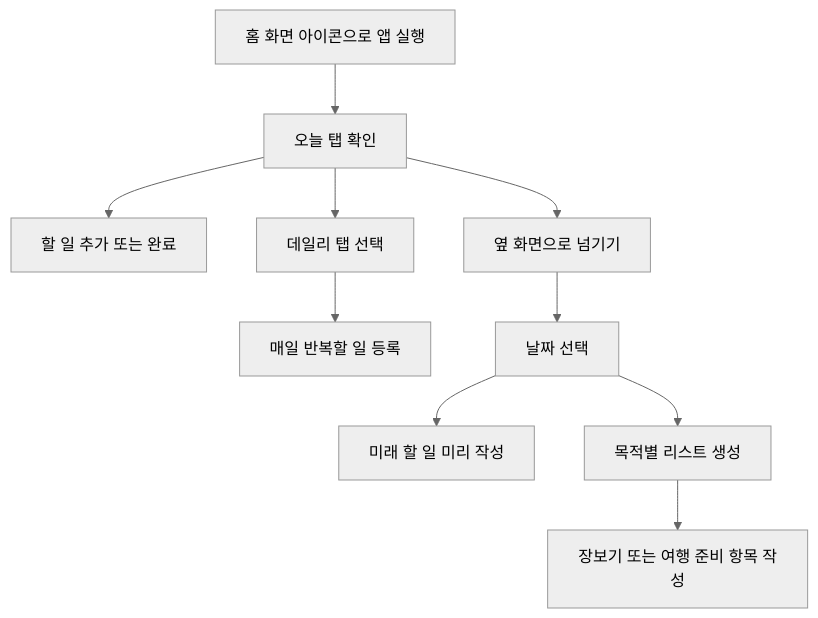
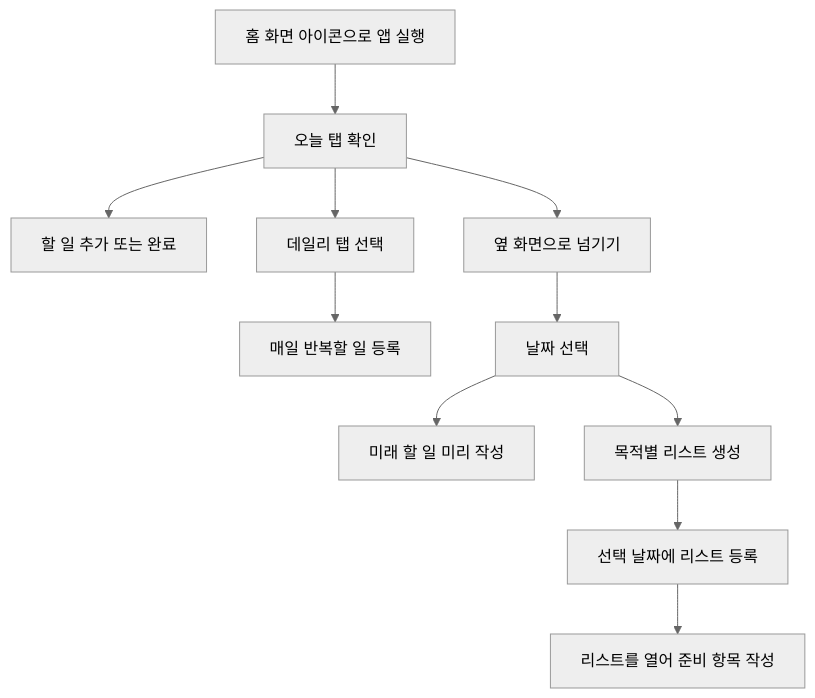
Before and after one commit to jiyeongoing/to-do-list-application: the first of 2 diagrams in docs/USER_FLOW.md, drawn with Mermaid (neutral theme). The commit also changed other lines of this file and 4 other files, not shown here.

````diff
--- a/docs/USER_FLOW.md
+++ b/docs/USER_FLOW.md
@@ -5,12 +5,13 @@
 ```mermaid
 flowchart TD
     A["홈 화면 아이콘으로 앱 실행"] --> B["오늘 탭 확인"]
     B --> C["할 일 추가 또는 완료"]
     B --> D["데일리 탭 선택"]
     D --> E["매일 반복할 일 등록"]
     B --> F["옆 화면으로 넘기기"]
     F --> G["날짜 선택"]
     G --> H["미래 할 일 미리 작성"]
     G --> I["목적별 리스트 생성"]
-    I --> J["장보기 또는 여행 준비 항목 작성"]
+    I --> J["선택 날짜에 리스트 등록"]
+    J --> K["리스트를 열어 준비 항목 작성"]
 ```
````
